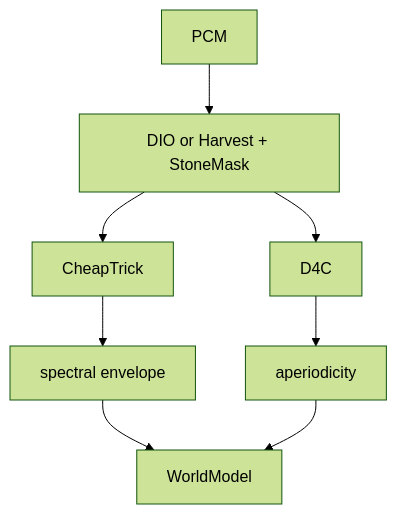
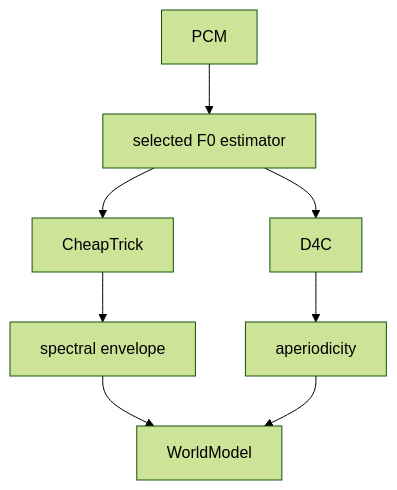
Before and after one commit to YuzukiTsuru/lessampler: the second of 3 diagrams in docs/src/content/docs/processing/modeling.md, drawn with Mermaid (forest theme). The commit also changed other lines of this file and 21 other files, not shown here.

````diff
--- a/docs/src/content/docs/processing/modeling.md
+++ b/docs/src/content/docs/processing/modeling.md
@@ -26,10 +45,10 @@
 ```mermaid
 flowchart TD
-    A["PCM"] --> B["DIO or Harvest + StoneMask"]
+    A["PCM"] --> B["selected F0 estimator"]
     B --> C["CheapTrick"]
     B --> D["D4C"]
     C --> E["spectral envelope"]
     D --> F["aperiodicity"]
     E --> G["WorldModel"]
     F --> G
 ```
````
